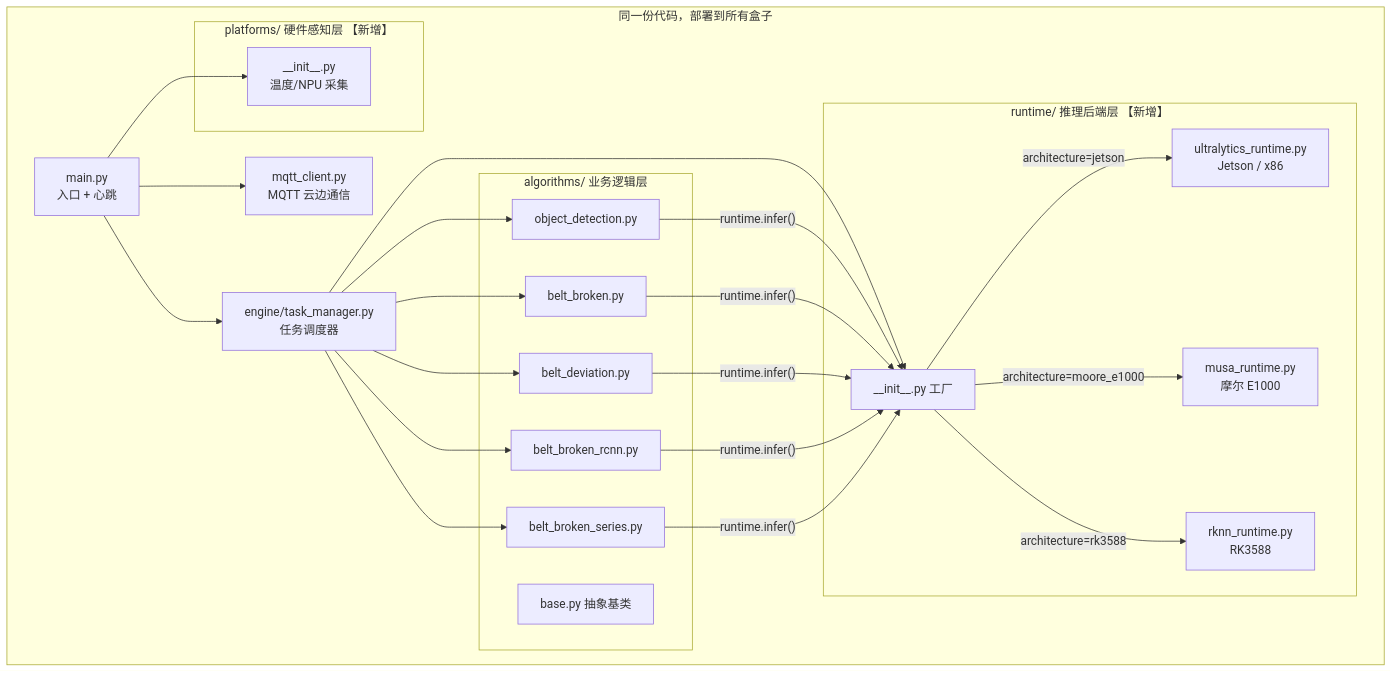
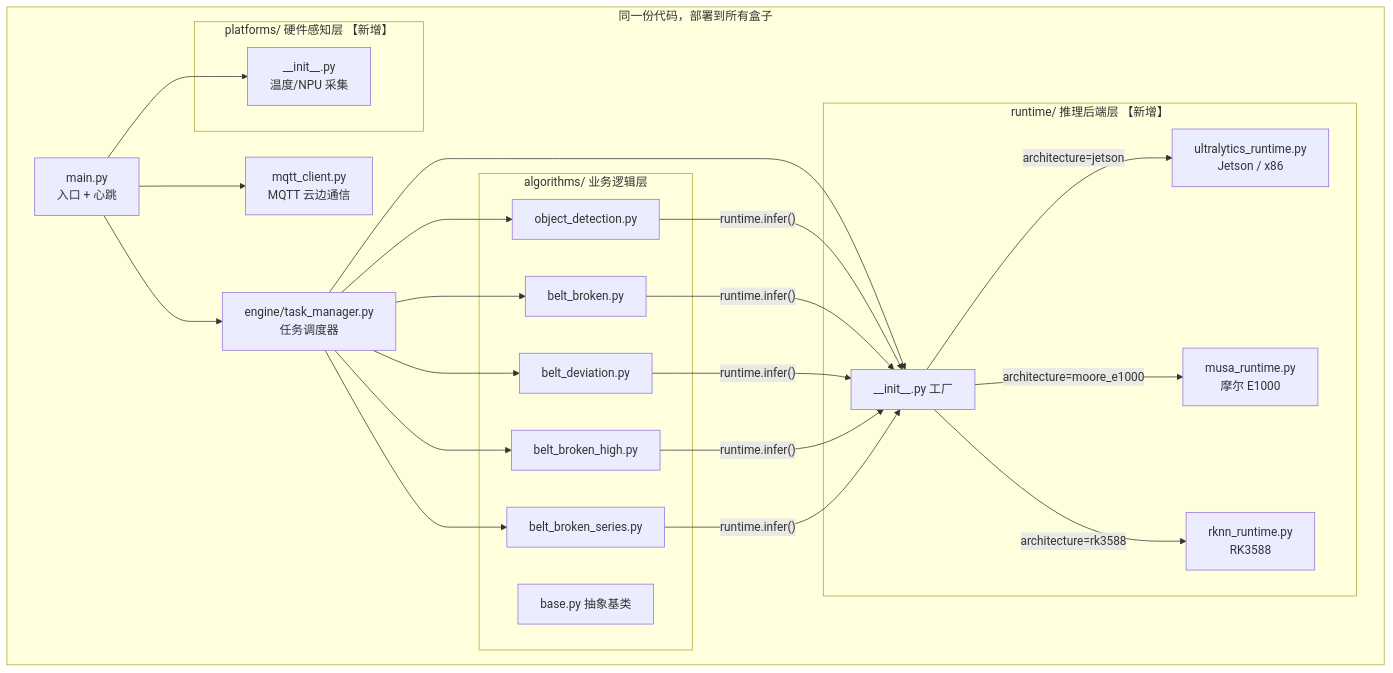
One commit to xiaolou86/sjic changed the diagram in edge-agent/readme.md. Above: the diagram before and after it, drawn with Mermaid. The commit also changed other lines of this file and 6 other files, not shown here.

````diff
--- a/edge-agent/readme.md
+++ b/edge-agent/readme.md
@@ -5,38 +5,38 @@
 ```mermaid
 graph TB
     subgraph "同一份代码，部署到所有盒子"
         main["main.py<br/>入口 + 心跳"]
         mqtt["mqtt_client.py<br/>MQTT 云边通信"]
         tm["engine/task_manager.py<br/>任务调度器"]
         
         subgraph "algorithms/ 业务逻辑层"
             base["base.py 抽象基类"]
             od["object_detection.py"]
             bb["belt_broken.py"]
             bd["belt_deviation.py"]
-            brc["belt_broken_rcnn.py"]
+            brc["belt_broken_high.py"]
             bbs["belt_broken_series.py"]
         end
         
         subgraph "runtime/ 推理后端层 【新增】"
             factory["__init__.py 工厂"]
             ultra["ultralytics_runtime.py<br/>Jetson / x86"]
             musa["musa_runtime.py<br/>摩尔 E1000"]
             rknn["rknn_runtime.py<br/>RK3588"]
         end
         
         subgraph "platforms/ 硬件感知层 【新增】"
             plat["__init__.py<br/>温度/NPU 采集"]
         end
     end
     
     main --> tm
     main --> mqtt
     main --> plat
     tm --> factory
     factory -->|"architecture=jetson"| ultra
     factory -->|"architecture=moore_e1000"| musa
     factory -->|"architecture=rk3588"| rknn
     tm --> od & bb & bd & brc & bbs
     od & bb & bd & brc & bbs -->|"runtime.infer()"| factory
 ```
````
